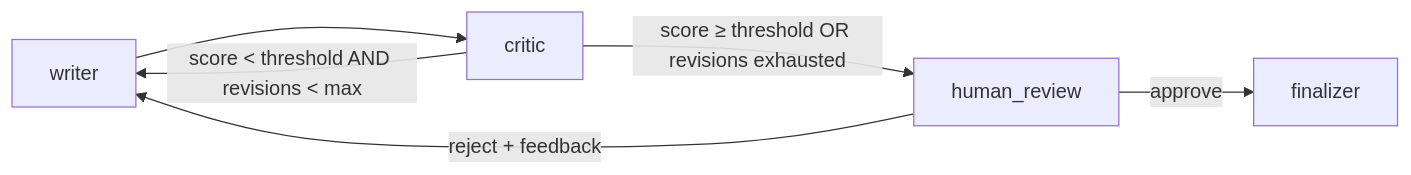
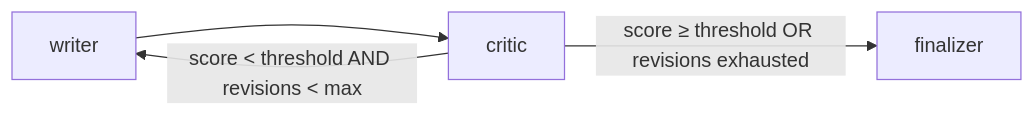
The second of 2 diagrams in docs/ARCHITECTURE.md (hassanmansour-dev/ProofLine), drawn with Mermaid before and after one commit. The commit also changed other lines of this file and 8 other files, not shown here.

First line of the commit message:
docs: ADR-0014, Measured Ops architecture, C1 boxes and first live run

````diff
--- a/docs/ARCHITECTURE.md
+++ b/docs/ARCHITECTURE.md
@@ -44,8 +52,6 @@
 ```mermaid
 flowchart LR
     writer --> critic
     critic -- "score < threshold AND revisions < max" --> writer
-    critic -- "score ≥ threshold OR revisions exhausted" --> human_review
-    human_review -- "reject + feedback" --> writer
-    human_review -- approve --> finalizer
+    critic -- "score ≥ threshold OR revisions exhausted" --> finalizer
 ```
````
